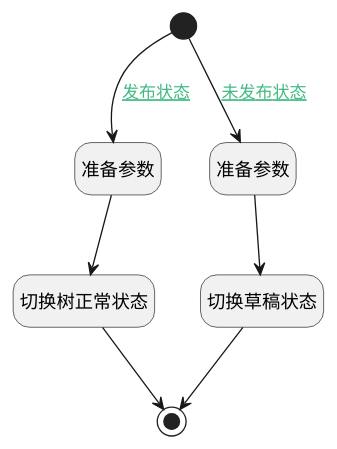
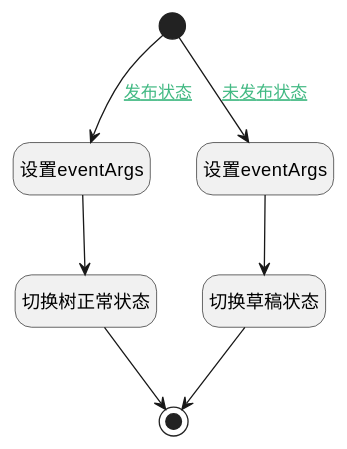
Before and after one commit to iBizLab/plm: the diagram in doc/docsify/module/Wiki/article_page/uilogic/change_tree_state.md, drawn with PlantUML. The commit also changed other lines of this file and 1068 other files, not shown here.

````diff
--- a/doc/docsify/module/Wiki/article_page/uilogic/change_tree_state.md
+++ b/doc/docsify/module/Wiki/article_page/uilogic/change_tree_state.md
@@ -7,28 +7,28 @@
 ```plantuml
 @startuml
 hide footbox
 <style>
 root {
   HyperlinkColor #42b983
 }
 </style>
 
 hide empty description
 state "开始" as Begin <<start>> [[$./change_tree_state#begin {开始}]]
 state "切换树正常状态" as VIEWCTRLINVOKE2  [[$./change_tree_state#viewctrlinvoke2 {切换树正常状态}]]
+state "设置eventArgs" as PREPAREJSPARAM3  [[$./change_tree_state#preparejsparam3 {设置eventArgs}]]
+state "设置eventArgs" as PREPAREJSPARAM2  [[$./change_tree_state#preparejsparam2 {设置eventArgs}]]
+state "切换草稿状态" as VIEWCTRLINVOKE1  [[$./change_tree_state#viewctrlinvoke1 {切换草稿状态}]]
 state "结束" as END2 <<end>> [[$./change_tree_state#end2 {结束}]]
-state "准备参数" as PREPAREJSPARAM3  [[$./change_tree_state#preparejsparam3 {准备参数}]]
-state "准备参数" as PREPAREJSPARAM2  [[$./change_tree_state#preparejsparam2 {准备参数}]]
-state "切换草稿状态" as VIEWCTRLINVOKE1  [[$./change_tree_state#viewctrlinvoke1 {切换草稿状态}]]
 
 
 Begin --> PREPAREJSPARAM2 : [[$./change_tree_state#begin-preparejsparam2{未发布状态} 未发布状态]]
 PREPAREJSPARAM2 --> VIEWCTRLINVOKE1
 VIEWCTRLINVOKE1 --> END2
 Begin --> PREPAREJSPARAM3 : [[$./change_tree_state#begin-preparejsparam3{发布状态} 发布状态]]
 PREPAREJSPARAM3 --> VIEWCTRLINVOKE2
 VIEWCTRLINVOKE2 --> END2
 
 
 @enduml
 ```
````
